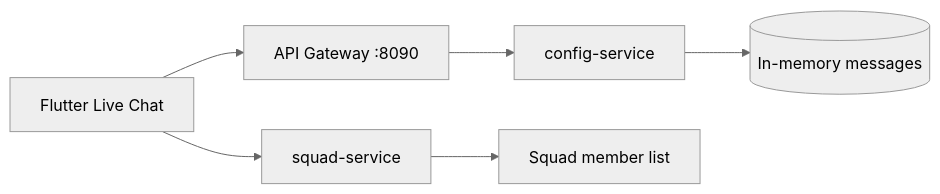
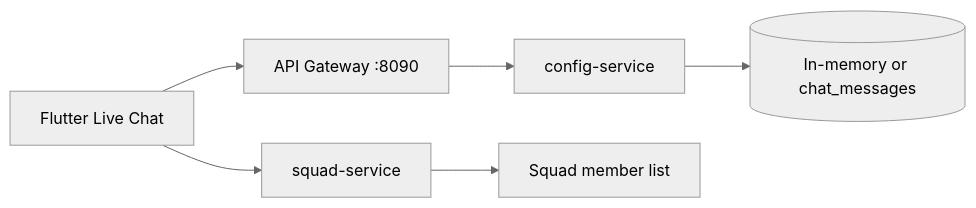
The diagram in docs/api/CHAT_API.md (areejobaid17894-blip/myboss-platform), drawn with Mermaid (neutral theme) before and after one commit. The commit also changed other lines of this file and 24 other files, not shown here.

First line of the commit message:
Document and provision unified myboss database schema.

````diff
--- a/docs/api/CHAT_API.md
+++ b/docs/api/CHAT_API.md
@@ -21,8 +21,8 @@
 ```mermaid
 flowchart LR
   Mobile[Flutter Live Chat] --> Gateway[API Gateway :8090]
   Gateway --> Config[config-service]
-  Config --> Repo[(In-memory messages)]
+  Config --> Repo[(In-memory or chat_messages)]
   Mobile --> Squad[squad-service]
   Squad --> Members[Squad member list]
 ```
````
